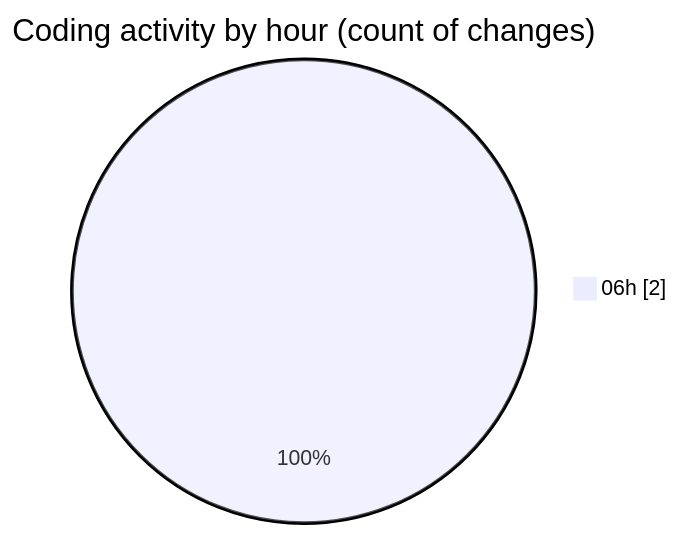
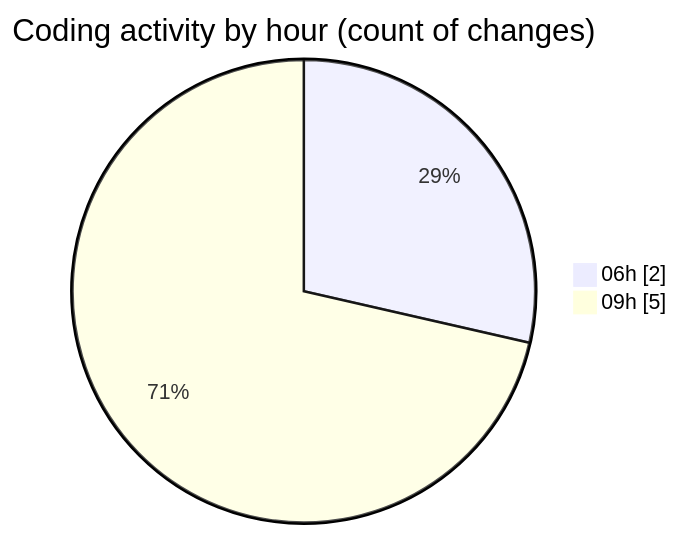
One commit to jadenblack/code-tracking changed the second of 2 diagrams in 2026-02-24/workbench__workspace_/README.md. Above: the diagram before and after it, drawn with Mermaid. The commit also changed other lines of this file and 1 other file, not shown here.

````diff
--- a/2026-02-24/workbench__workspace_/README.md
+++ b/2026-02-24/workbench__workspace_/README.md
@@ -30,5 +30,6 @@
 ```mermaid
 pie showData
 title Coding activity by hour (count of changes)
 "06h" : 2
+"09h" : 5
 ```
````
